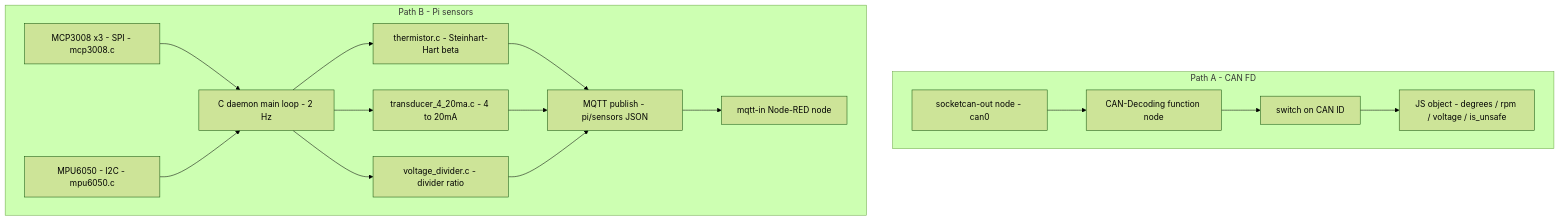
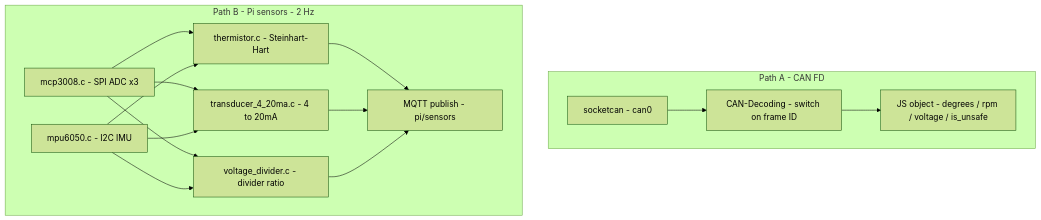
One commit to Cal-Poly-Pomona-Solar-Boat/CPPSolarBoat2025 changed the fifth of 8 diagrams in Node-Red-TestCode/danielCode/README.md. Above: the diagram before and after it, drawn with Mermaid (forest theme). The commit also changed other lines of this file, not shown here.

````diff
--- a/Node-Red-TestCode/danielCode/README.md
+++ b/Node-Red-TestCode/danielCode/README.md
@@ -174,25 +143,18 @@
 ```mermaid
 graph TD
     subgraph PathA["Path A - CAN FD"]
-        A1[socketcan-out node - can0]
-        A2[CAN-Decoding function node]
-        A3[switch on CAN ID]
-        A4[JS object - degrees / rpm / voltage / is_unsafe]
+        A1[socketcan - can0]
+        A2[CAN-Decoding - switch on frame ID]
+        A3[JS object - degrees / rpm / voltage / is_unsafe]
+        A1 --> A2 --> A3
     end
-
-    subgraph PathB["Path B - Pi sensors"]
-        B1[MCP3008 x3 - SPI - mcp3008.c]
-        B2[MPU6050 - I2C - mpu6050.c]
-        B3[C daemon main loop - 2 Hz]
-        B4[thermistor.c - Steinhart-Hart beta]
-        B5[transducer_4_20ma.c - 4 to 20mA]
-        B6[voltage_divider.c - divider ratio]
-        B7[MQTT publish - pi/sensors JSON]
-        B8[mqtt-in Node-RED node]
+    subgraph PathB["Path B - Pi sensors - 2 Hz"]
+        B1[mcp3008.c - SPI ADC x3]
+        B2[mpu6050.c - I2C IMU]
+        B3[thermistor.c - Steinhart-Hart]
+        B4[transducer_4_20ma.c - 4 to 20mA]
+        B5[voltage_divider.c - divider ratio]
+        B6[MQTT publish - pi/sensors]
+        B1 & B2 --> B3 & B4 & B5 --> B6
     end
-
-    A1 --> A2 --> A3 --> A4
-    B1 & B2 --> B3
-    B3 --> B4 & B5 & B6
-    B4 & B5 & B6 --> B7 --> B8
 ```
````
